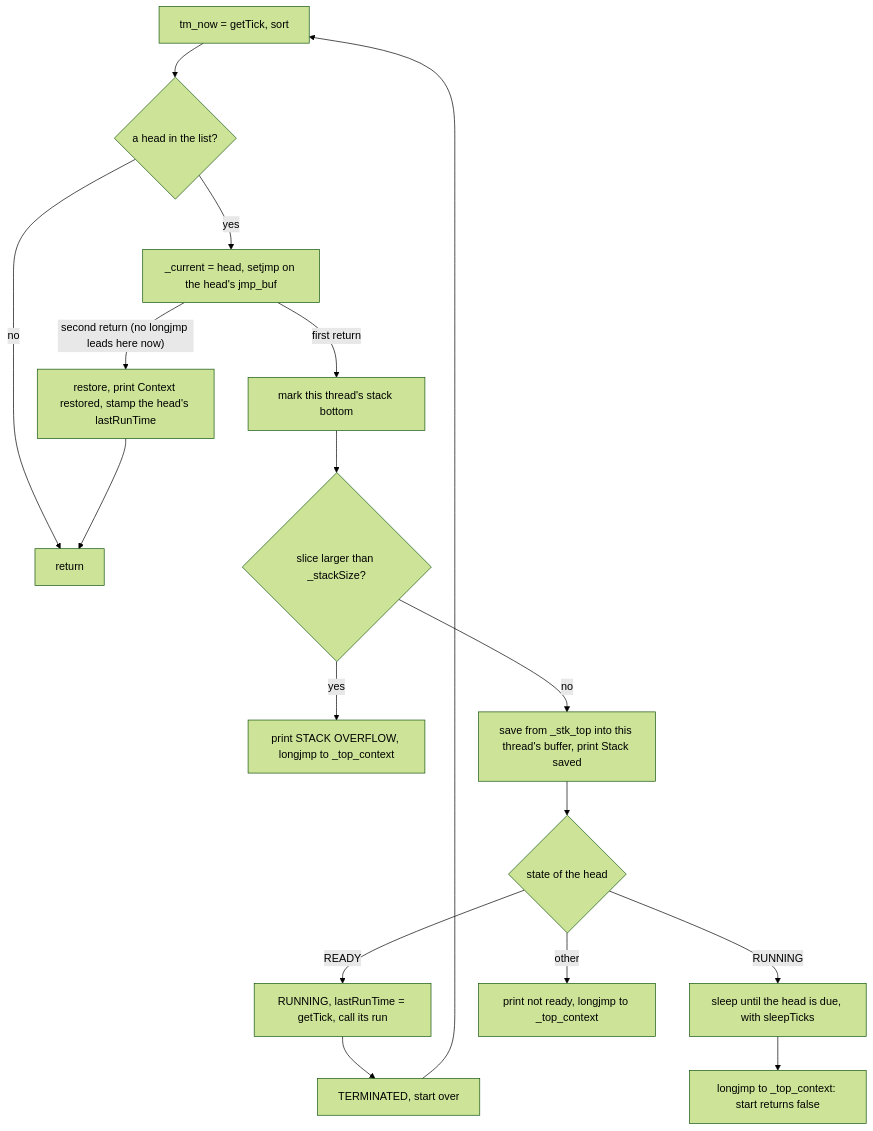
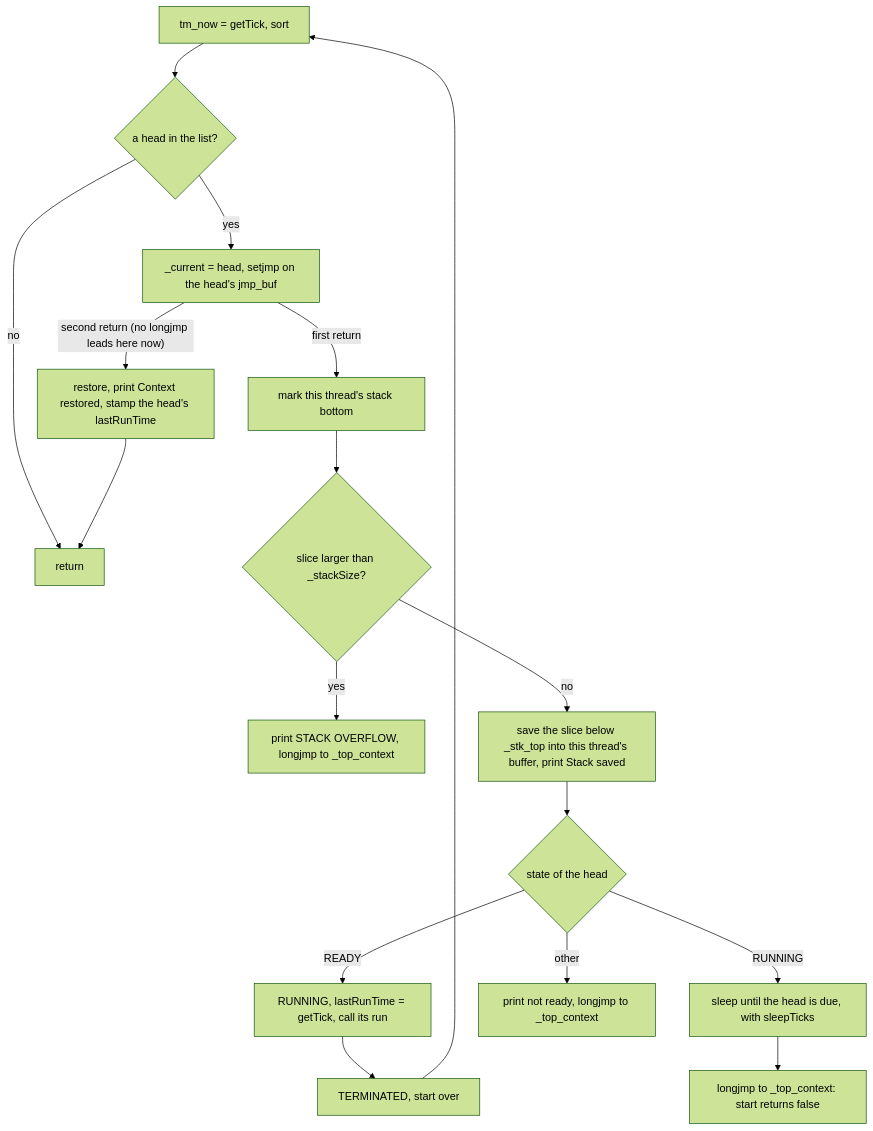
The seventh of 8 diagrams in spec.md (solariun/atomicx2), drawn with Mermaid (forest theme) before and after one commit. The commit also changed other lines of this file and 3 other files, not shown here.

````diff
--- a/spec.md
+++ b/spec.md
@@ -539,19 +551,19 @@
 ```mermaid
 flowchart TD
     a["tm_now = getTick, sort"] --> b{"a head in the list?"}
     b -->|no| z["return"]
     b -->|yes| c["_current = head, setjmp on the head's jmp_buf"]
     c -->|first return| d["mark this thread's stack bottom"]
     d --> o{"slice larger than _stackSize?"}
     o -->|yes| s["print STACK OVERFLOW, longjmp to _top_context"]
-    o -->|no| v["save from _stk_top into this thread's buffer, print Stack saved"]
+    o -->|no| v["save the slice below _stk_top into this thread's buffer, print Stack saved"]
     v --> e{"state of the head"}
     e -->|READY| g["RUNNING, lastRunTime = getTick, call its run"]
     g --> h["TERMINATED, start over"]
     h --> a
     e -->|RUNNING| w["sleep until the head is due, with sleepTicks"]
     w --> j["longjmp to _top_context: start returns false"]
     e -->|other| x["print not ready, longjmp to _top_context"]
     c -->|"second return (no longjmp leads here now)"| k["restore, print Context restored, stamp the head's lastRunTime"]
     k --> z
 ```
````
